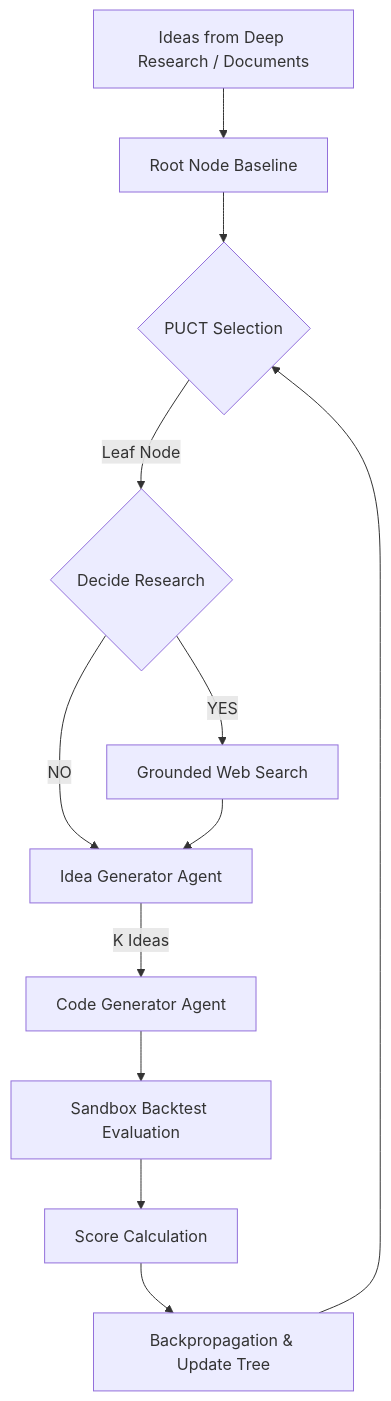
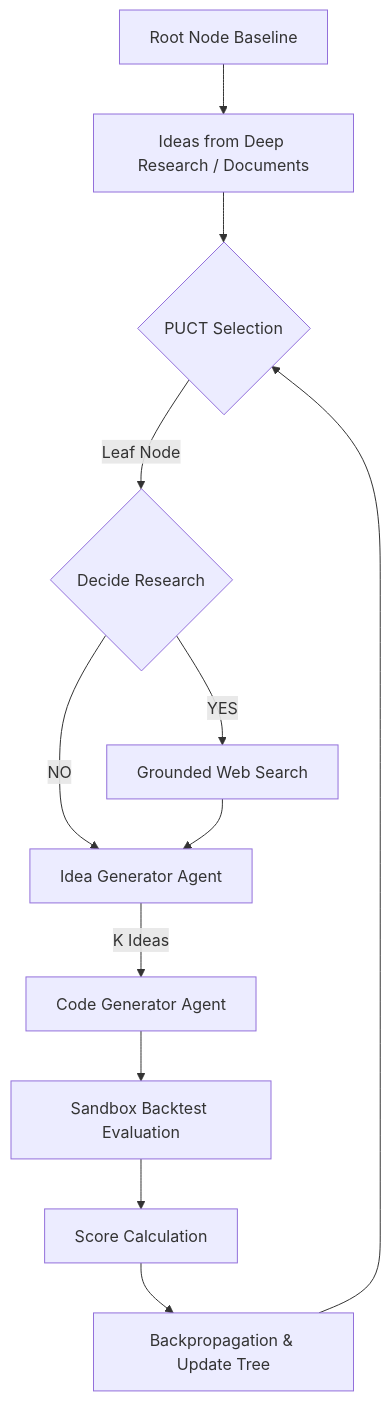
The diagram in README.md (Amit-Prasad/pathfinder), drawn with Mermaid before and after one commit.

Commit message:
ideas part

````diff
--- a/README.md
+++ b/README.md
@@ -11,14 +11,14 @@
 ```mermaid
 graph TD
-    Docs["Ideas from Deep Research / Documents"] --> Root[Root Node Baseline]
-    Root --> Select{PUCT Selection}
+    Root[Root Node Baseline] --> Docs["Ideas from Deep Research / Documents"]
+    Docs --> Select{PUCT Selection}
     Select --> |Leaf Node| DecRes{Decide Research}
     DecRes -->|YES| GoogleSearch[Grounded Web Search]
     DecRes -->|NO| IdeaGen[Idea Generator Agent]
     GoogleSearch --> IdeaGen
     IdeaGen --> |K Ideas| CodeGen[Code Generator Agent]
     CodeGen --> Sandbox[Sandbox Backtest Evaluation]
     Sandbox --> Score[Score Calculation]
     Score --> Backprop[Backpropagation & Update Tree]
     Backprop --> Select
 ```
````
